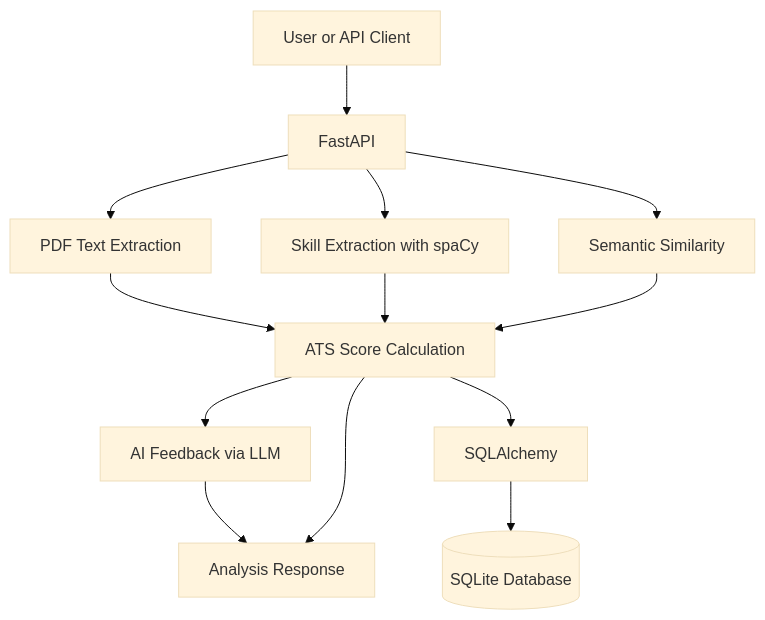
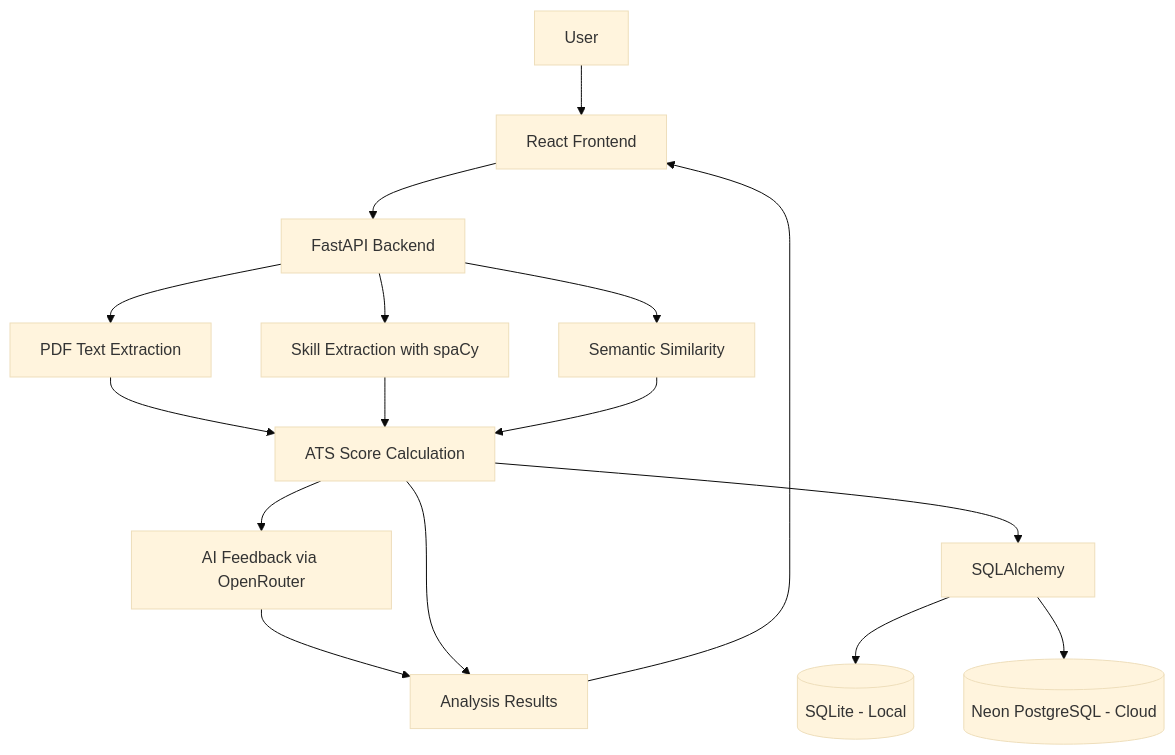
One commit to Zulkharnain313/AI-Resume-ATS-Analyzer changed the diagram in README.md. Above: the diagram before and after it, drawn with Mermaid (base theme). The commit also changed other lines of this file, not shown here.

````diff
--- a/README.md
+++ b/README.md
@@ -125,15 +49,18 @@
 ```mermaid
 flowchart TD
-    A[User or API Client] --> B[FastAPI]
-    B --> C[PDF Text Extraction]
-    B --> D[Skill Extraction with spaCy]
-    B --> E[Semantic Similarity]
-    C --> F[ATS Score Calculation]
-    D --> F
-    E --> F
-    F --> G[AI Feedback via LLM]
-    F --> H[SQLAlchemy]
-    H --> I[(SQLite Database)]
-    G --> J[Analysis Response]
-    F --> J
+    A[User] --> B[React Frontend]
+    B --> C[FastAPI Backend]
+    C --> D[PDF Text Extraction]
+    C --> E[Skill Extraction with spaCy]
+    C --> F[Semantic Similarity]
+    D --> G[ATS Score Calculation]
+    E --> G
+    F --> G
+    G --> H[AI Feedback via OpenRouter]
+    G --> I[SQLAlchemy]
+    I --> J[(SQLite - Local)]
+    I --> K[(Neon PostgreSQL - Cloud)]
+    H --> L[Analysis Results]
+    G --> L
+    L --> B
 ```
````
